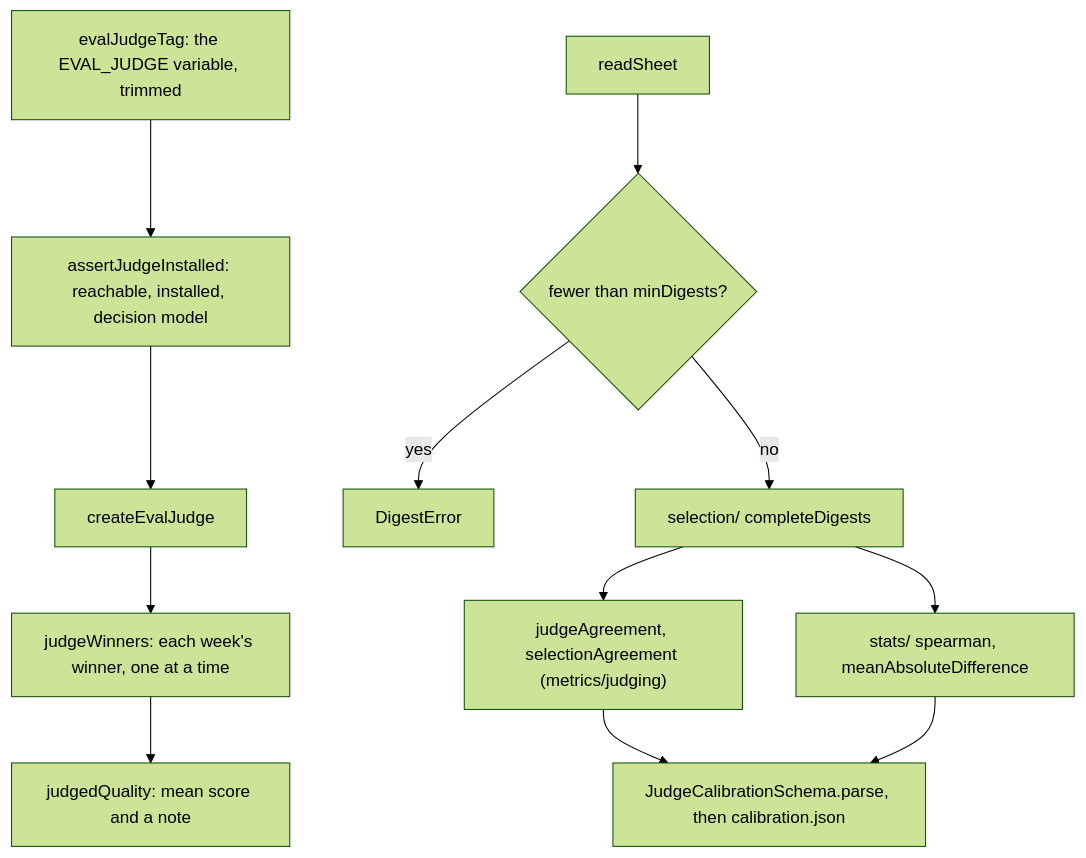
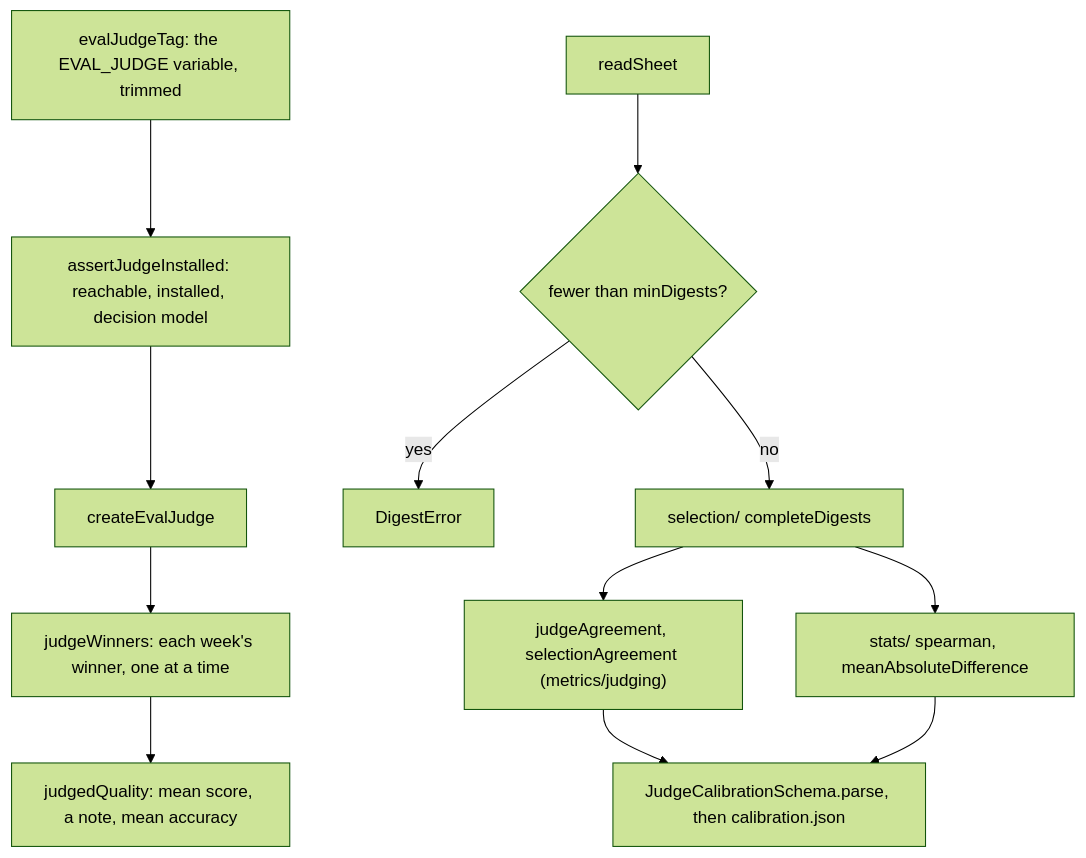
The second of 2 diagrams in evals/judge/CLAUDE.md (odere-pro/weekly-engineering-digest-agent), drawn with Mermaid (forest theme) before and after one commit. The commit also changed other lines of this file and 37 other files, not shown here.

````diff
--- a/evals/judge/CLAUDE.md
+++ b/evals/judge/CLAUDE.md
@@ -23,10 +23,10 @@
 ```mermaid
 flowchart TD
   tag["evalJudgeTag: the EVAL_JUDGE variable, trimmed"] --> installed["assertJudgeInstalled: reachable, installed, decision model"] --> create[createEvalJudge]
-  create --> winners["judgeWinners: each week's winner, one at a time"] --> quality["judgedQuality: mean score and a note"]
+  create --> winners["judgeWinners: each week's winner, one at a time"] --> quality["judgedQuality: mean score, a note, mean accuracy"]
   sheet[readSheet] --> few{"fewer than minDigests?"}
   few -->|yes| refuse[DigestError]
   few -->|no| complete["selection/ completeDigests"] --> agree["judgeAgreement, selectionAgreement (metrics/judging)"]
   complete --> stats["stats/ spearman, meanAbsoluteDifference"]
   agree & stats --> out["JudgeCalibrationSchema.parse, then calibration.json"]
 ```
````
